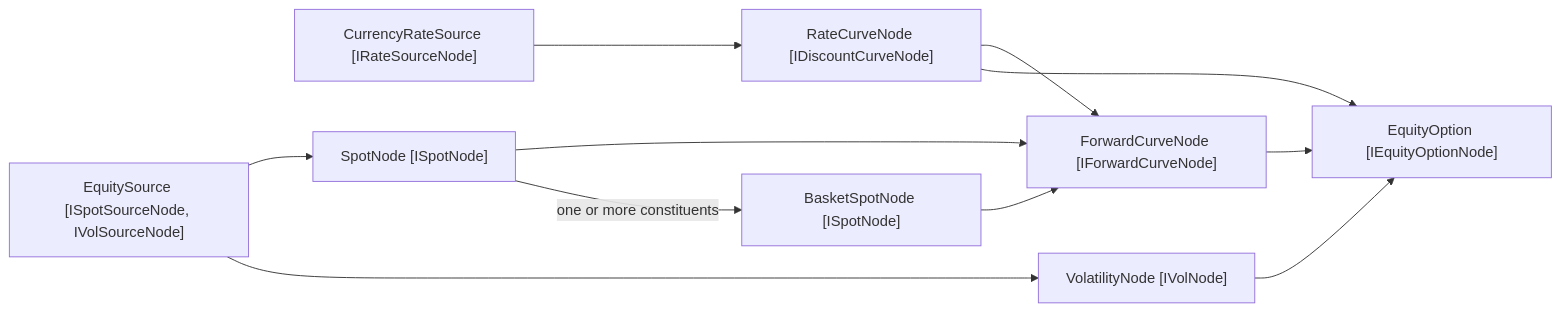
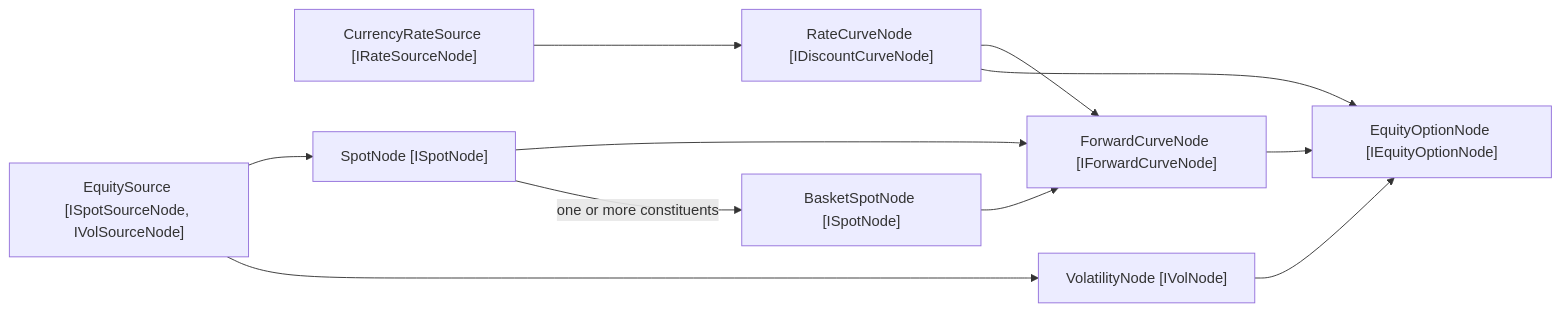
One commit to losterbr/EventGraph changed the diagram in README.md. Above: the diagram before and after it, drawn with Mermaid. The commit also changed other lines of this file and 11 other files, not shown here.

````diff
--- a/README.md
+++ b/README.md
@@ -15,18 +15,18 @@
 ```mermaid
 flowchart LR
 	equity["EquitySource [ISpotSourceNode, IVolSourceNode]"]
 	rate["CurrencyRateSource [IRateSourceNode]"]
 
 	equity --> spot["SpotNode [ISpotNode]"]
 	equity --> volatility["VolatilityNode [IVolNode]"]
 	rate --> discount["RateCurveNode [IDiscountCurveNode]"]
 
 	spot --> forward["ForwardCurveNode [IForwardCurveNode]"]
 	discount --> forward
-	forward --> option["EquityOption [IEquityOptionNode]"]
+	forward --> option["EquityOptionNode [IEquityOptionNode]"]
 	volatility --> option
 	discount --> option
 
 	spot -->|one or more constituents| basket["BasketSpotNode [ISpotNode]"]
 	basket --> forward
 ```
````
